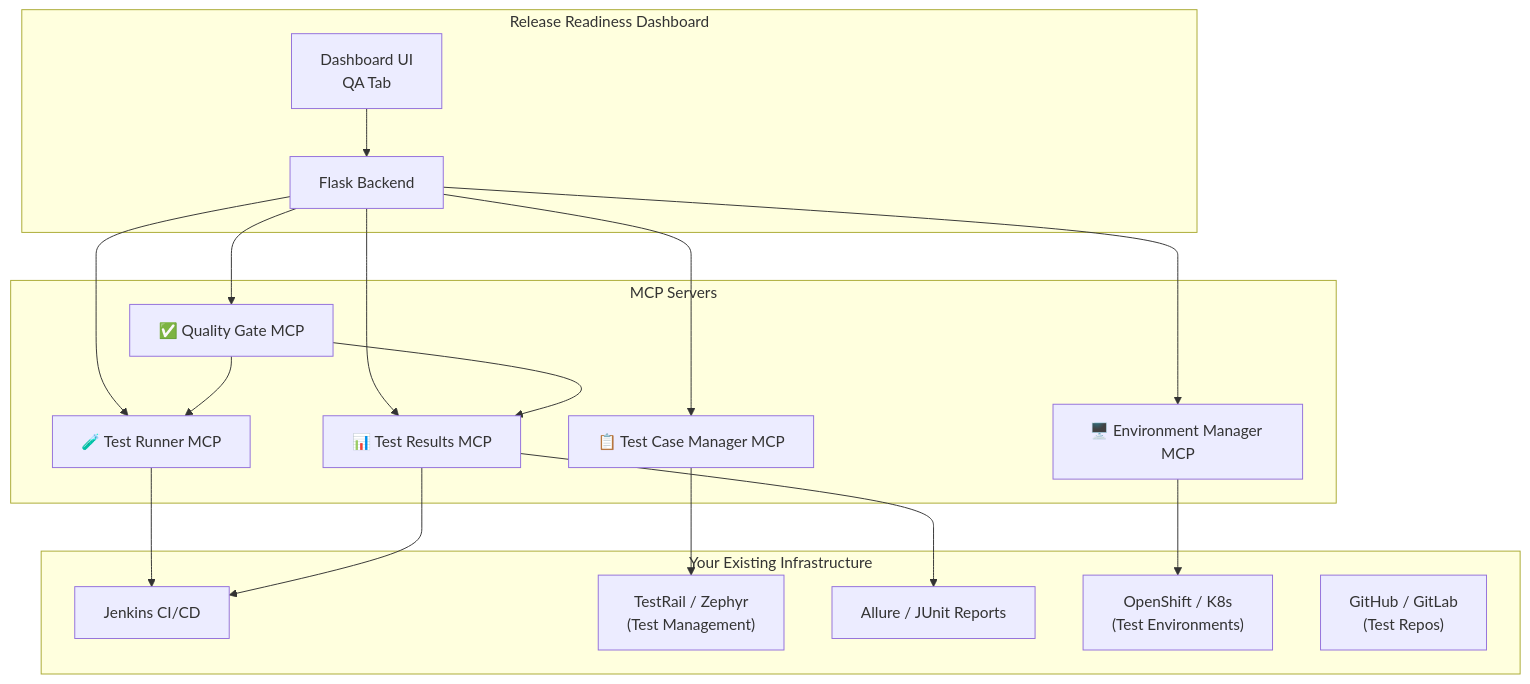
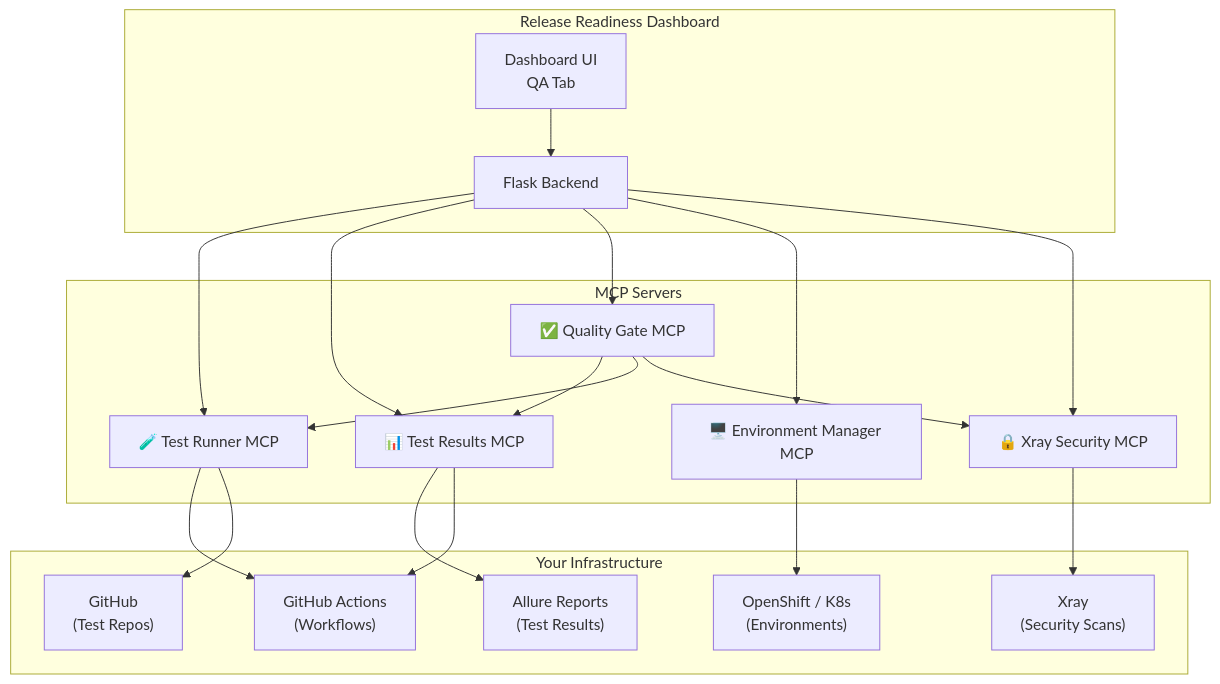
One commit to frnx82/release_readiness changed the first of 3 diagrams in docs/QA-AUTOMATION-MCP-DESIGN.md. Above: the diagram before and after it, drawn with Mermaid. The commit also changed other lines of this file and 1 other file, not shown here.

Commit message:
adding test confluence

````diff
--- a/docs/QA-AUTOMATION-MCP-DESIGN.md
+++ b/docs/QA-AUTOMATION-MCP-DESIGN.md
@@ -7,38 +18,40 @@
 ```mermaid
 graph TB
     subgraph "Release Readiness Dashboard"
         UI["Dashboard UI<br/>QA Tab"]
         API["Flask Backend"]
     end
 
     subgraph "MCP Servers"
         TR["🧪 Test Runner MCP"]
         TRes["📊 Test Results MCP"]
-        TCM["📋 Test Case Manager MCP"]
         QG["✅ Quality Gate MCP"]
         ENV["🖥️ Environment Manager MCP"]
+        XR["🔒 Xray Security MCP"]
     end
 
-    subgraph "Your Existing Infrastructure"
-        Jenkins["Jenkins CI/CD"]
-        TestRail["TestRail / Zephyr<br/>(Test Management)"]
-        Allure["Allure / JUnit Reports"]
-        K8s["OpenShift / K8s<br/>(Test Environments)"]
-        Git["GitHub / GitLab<br/>(Test Repos)"]
+    subgraph "Your Infrastructure"
+        GHA["GitHub Actions<br/>(Workflows)"]
+        Allure["Allure Reports<br/>(Test Results)"]
+        K8s["OpenShift / K8s<br/>(Environments)"]
+        GitHub["GitHub<br/>(Test Repos)"]
+        Xray["Xray<br/>(Security Scans)"]
     end
 
     UI --> API
     API --> TR
     API --> TRes
-    API --> TCM
     API --> QG
     API --> ENV
+    API --> XR
 
-    TR --> Jenkins
+    TR --> GHA
+    TR --> GitHub
     TRes --> Allure
-    TRes --> Jenkins
-    TCM --> TestRail
+    TRes --> GHA
     QG --> TRes
     QG --> TR
+    QG --> XR
     ENV --> K8s
+    XR --> Xray
 ```
````
